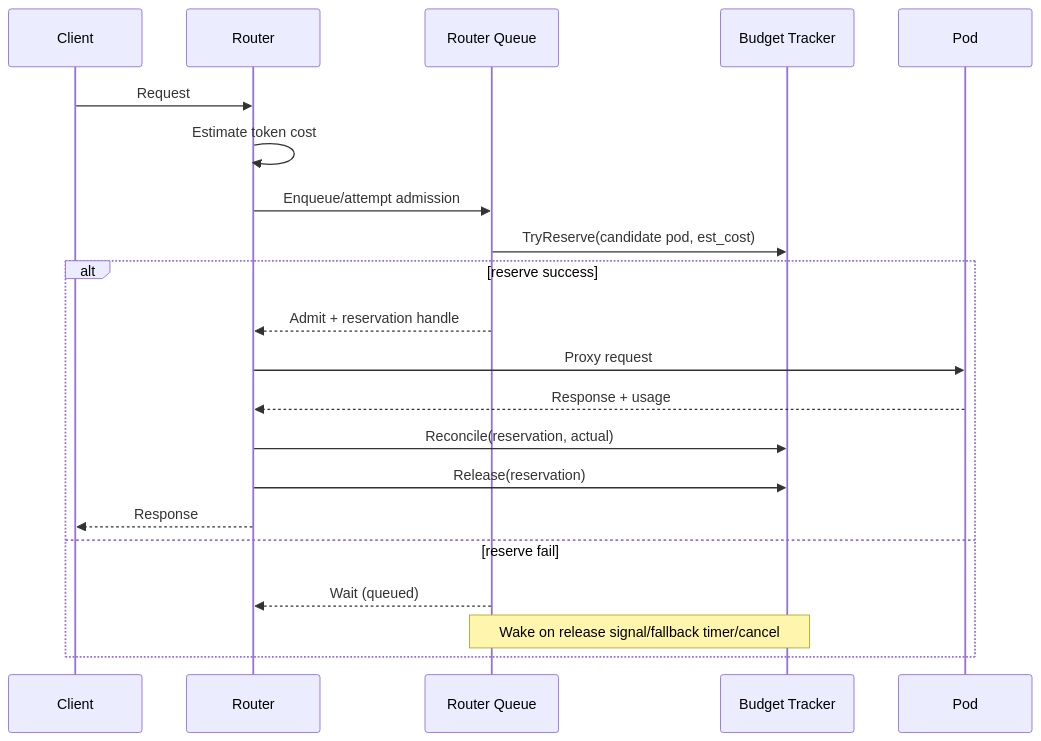
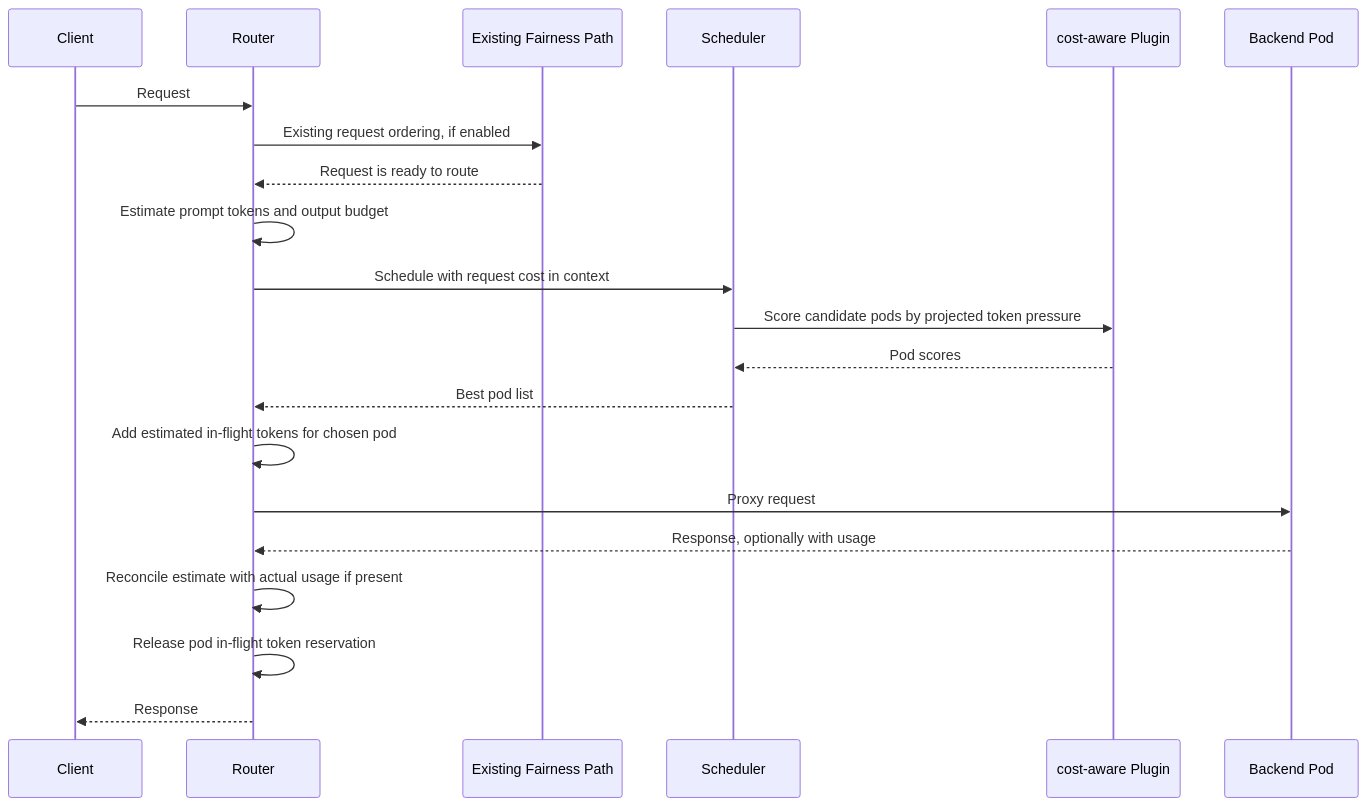
The diagram in docs/proposal/cost-aware-request-queuing.md (volcano-sh/kthena), drawn with Mermaid before and after one commit. The commit also changed other lines of this file, not shown here.

Commit message:
Revise cost-aware scheduling proposal

````diff
--- a/docs/proposal/cost-aware-request-queuing.md
+++ b/docs/proposal/cost-aware-request-queuing.md
@@ -288,24 +124,24 @@
 ```mermaid
 sequenceDiagram
   participant C as Client
   participant R as Router
-  participant Q as Router Queue
-  participant B as Budget Tracker
-  participant P as Pod
+  participant F as Existing Fairness Path
+  participant S as Scheduler
+  participant P as cost-aware Plugin
+  participant B as Backend Pod
 
   C->>R: Request
-  R->>R: Estimate token cost
-  R->>Q: Enqueue/attempt admission
-  Q->>B: TryReserve(candidate pod, est_cost)
-  alt reserve success
-    Q-->>R: Admit + reservation handle
-    R->>P: Proxy request
-    P-->>R: Response + usage
-    R->>B: Reconcile(reservation, actual)
-    R->>B: Release(reservation)
-    R-->>C: Response
-  else reserve fail
-    Q-->>R: Wait (queued)
-    Note over Q,B: Wake on release signal/fallback timer/cancel
-  end
+  R->>F: Existing request ordering, if enabled
+  F-->>R: Request is ready to route
+  R->>R: Estimate prompt tokens and output budget
+  R->>S: Schedule with request cost in context
+  S->>P: Score candidate pods by projected token pressure
+  P-->>S: Pod scores
+  S-->>R: Best pod list
+  R->>R: Add estimated in-flight tokens for chosen pod
+  R->>B: Proxy request
+  B-->>R: Response, optionally with usage
+  R->>R: Reconcile estimate with actual usage if present
+  R->>R: Release pod in-flight token reservation
+  R-->>C: Response
 ```
````
